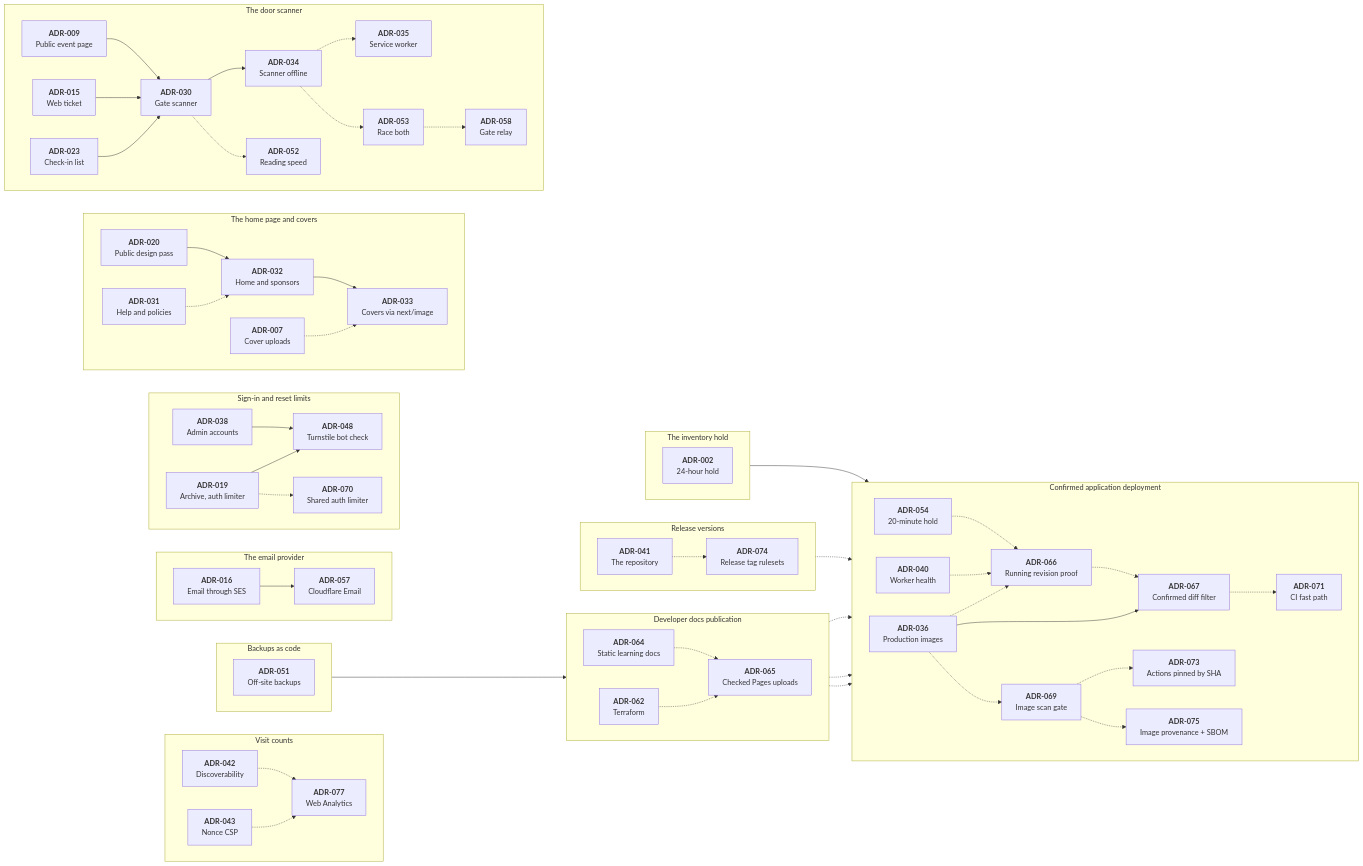
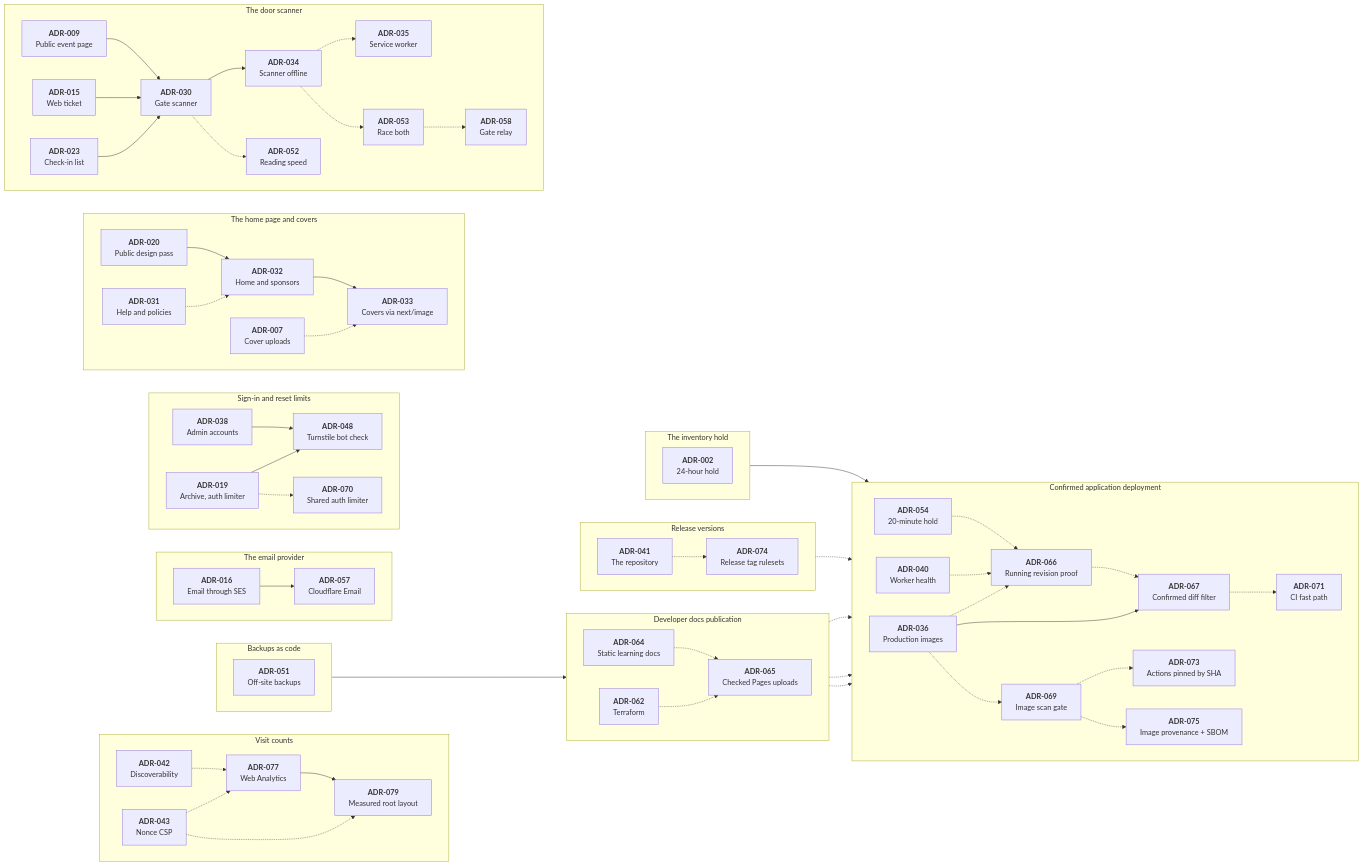
One commit to Ashfak-Hossain/EchoAndAura changed the diagram in docs/decisions/README.md. Above: the diagram before and after it, drawn with Mermaid. The commit also changed other lines of this file and 63 other files, not shown here.

First line of the commit message:
fix(public): give the measured pages a root layout of their own

```diff
--- a/docs/decisions/README.md
+++ b/docs/decisions/README.md
@@ -103,8 +103,12 @@
         Nonce CSP`"]
         a077["`**ADR-077**
         Web Analytics`"]
+        a079["`**ADR-079**
+        Measured root layout`"]
         a042 -.-> a077
         a043 -.-> a077
+        a077 --> a079
+        a043 -.-> a079
     end
 
     subgraph backups ["Backups as code"]
```
